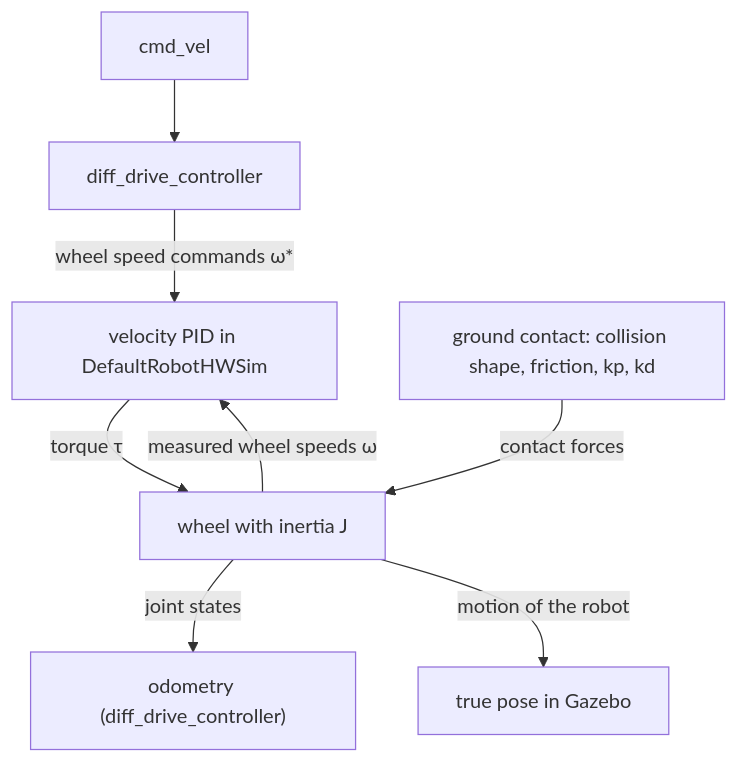
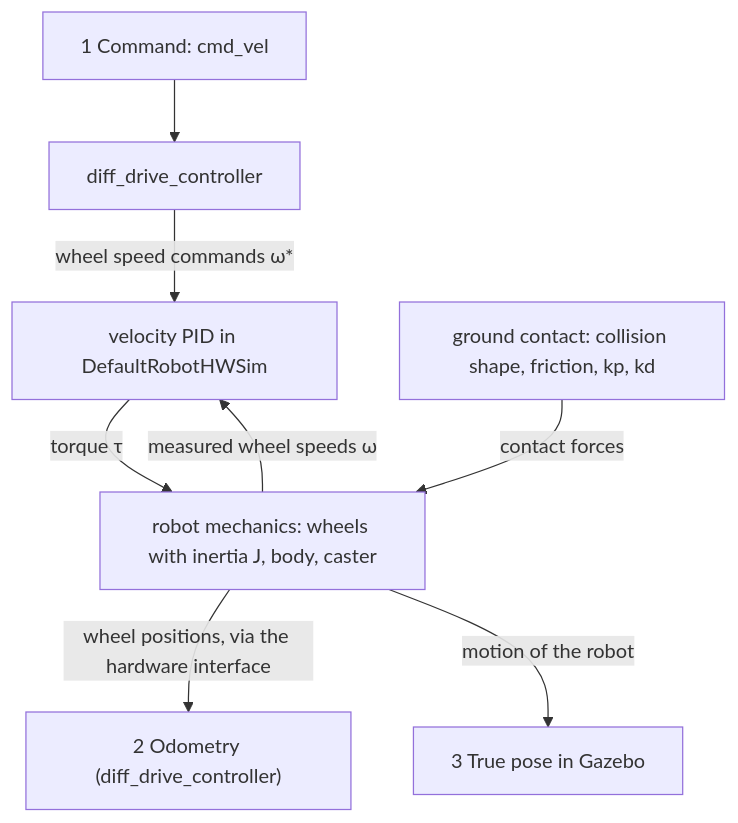
Before and after one commit to ros-mobile-robots/ros-mobile-robots.github.io: the diagram in docs/theory/modeling-control/wheel-dynamics-simulation.md, drawn with Mermaid. The commit also changed other lines of this file and 4 other files, not shown here.

````diff
--- a/docs/theory/modeling-control/wheel-dynamics-simulation.md
+++ b/docs/theory/modeling-control/wheel-dynamics-simulation.md
@@ -23,10 +32,10 @@
 ``` mermaid
 graph TD
-  CMD[cmd_vel] --> C[diff_drive_controller];
+  CMD["1 Command: cmd_vel"] --> C[diff_drive_controller];
   C -- "wheel speed commands ω*" --> PID[velocity PID in DefaultRobotHWSim];
-  PID -- "torque τ" --> W[wheel with inertia J];
+  PID -- "torque τ" --> W["robot mechanics: wheels with inertia J, body, caster"];
   G[ground contact: collision shape, friction, kp, kd] -- "contact forces" --> W;
   W -- "measured wheel speeds ω" --> PID;
-  W -- "joint states" --> ODOM["odometry (diff_drive_controller)"];
-  W -- "motion of the robot" --> TRUE[true pose in Gazebo];
+  W -- "wheel positions, via the hardware interface" --> ODOM["2 Odometry (diff_drive_controller)"];
+  W -- "motion of the robot" --> TRUE["3 True pose in Gazebo"];
 ```
````
